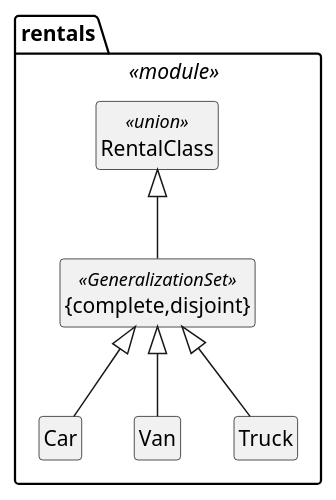
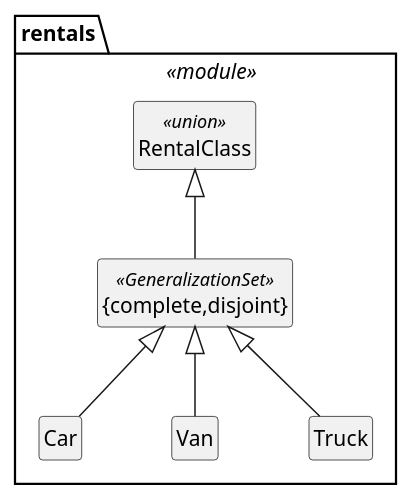
Diagram 17 of 19 in docs/uml-profile.org (sdm-lang/tree-sitter-sdml), drawn with PlantUML before and after one commit. The commit also changed other lines of this file and 25 other files, not shown here.

Commit message:
docs: working on UML profile

```diff
--- a/docs/uml-profile.org
+++ b/docs/uml-profile.org
@@ -398,20 +682,24 @@
 #+BEGIN_SRC plantuml :file uml-ex-union.svg
 skinparam backgroundColor transparent
+skinparam style strictuml
+skinparam linetype polyline
+skinparam nodesep 60
+
 hide circle
 hide empty members
 
 package rentals <<module>> {
 
     class Car
     class Van
     class Truck
     class RentalClass <<union>>
 
     class "{complete,disjoint}" as gs1 <<GeneralizationSet>>
 
     Car -u-|> gs1
     Van -u-|> gs1
     Truck -u-|> gs1
     gs1 -u-|> RentalClass
 }
 #+END_SRC
```
